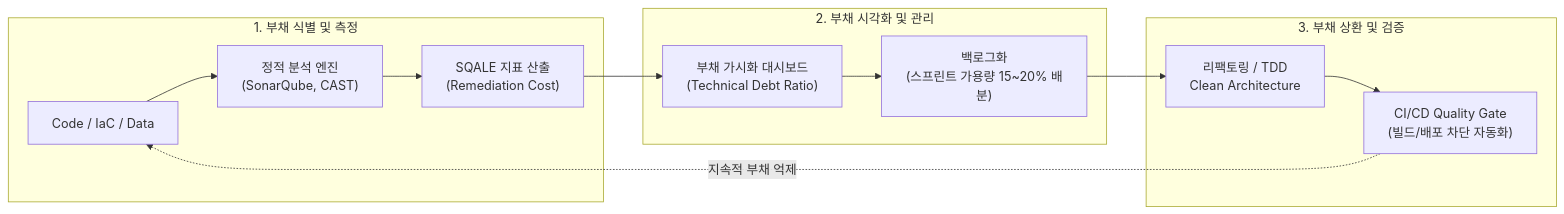
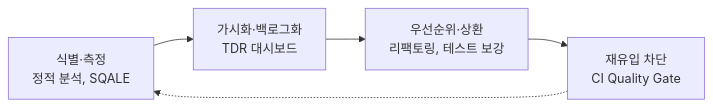
The diagram in content/01_IT Tech/기술 부채.md (supremethumb/supremethumb.github.io), drawn with Mermaid before and after one commit. The commit also changed other lines of this file and 1087 other files, not shown here.

````diff
--- a/content/01_IT Tech/기술 부채.md
+++ b/content/01_IT Tech/기술 부채.md
@@ -33,20 +34,7 @@
 ```mermaid
 flowchart LR
-    subgraph INGEST["1. 부채 식별 및 측정"]
-        SRC["Code / IaC / Data"] --> SA["정적 분석 엔진<br/>(SonarQube, CAST)"]
-        SA --> SQALE["SQALE 지표 산출<br/>(Remediation Cost)"]
-    end
-
-    subgraph MGMT["2. 부채 시각화 및 관리"]
-        SQALE --> DASH["부채 가시화 대시보드<br/>(Technical Debt Ratio)"]
-        DASH --> BACKLOG["백로그화<br/>(스프린트 가용량 15~20% 배분)"]
-    end
-
-    subgraph RESOLVE["3. 부채 상환 및 검증"]
-        BACKLOG --> REFACTOR["리팩토링 / TDD<br/>Clean Architecture"]
-        REFACTOR --> CICD["CI/CD Quality Gate<br/>(빌드/배포 차단 자동화)"]
-    end
-
-    CICD -.->|"지속적 부채 억제"| SRC
-
+    A["식별·측정<br/>정적 분석, SQALE"] --> B["가시화·백로그화<br/>TDR 대시보드"]
+    B --> C["우선순위·상환<br/>리팩토링, 테스트 보강"]
+    C --> D["재유입 차단<br/>CI Quality Gate"]
+    D -.-> A
 ```
````
